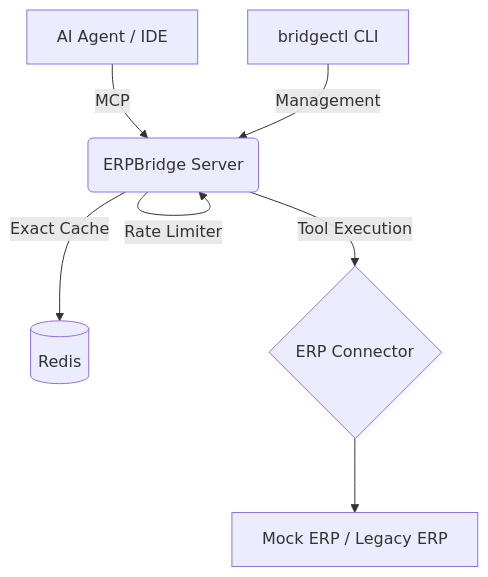
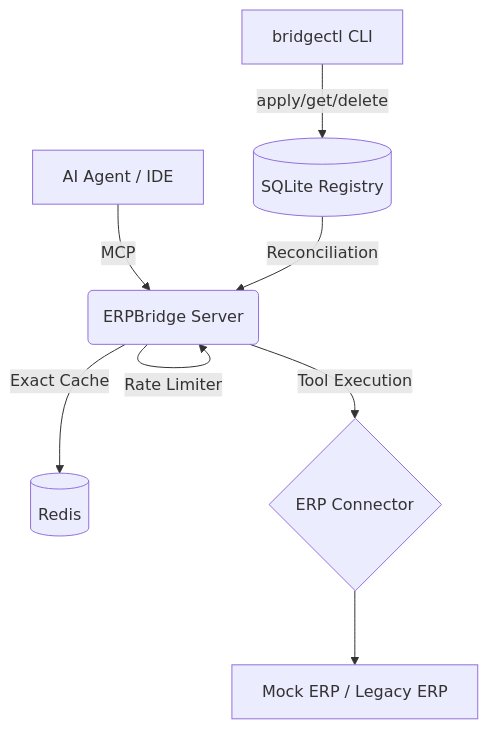
One commit to GayashanHansaja/R26-SE-034 changed the diagram in README.md. Above: the diagram before and after it, drawn with Mermaid. The commit also changed other lines of this file and 34 other files, not shown here.

First line of the commit message:
docs: add V2 architecture and schema guides

````diff
--- a/README.md
+++ b/README.md
@@ -25,9 +25,10 @@
 ```mermaid
 graph TD
     A[AI Agent / IDE] -->|MCP| B(ERPBridge Server)
     B -->|Rate Limiter| B
     B -->|Exact Cache| C[(Redis)]
     B -->|Tool Execution| D{ERP Connector}
     D --> E[Mock ERP / Legacy ERP]
-    F[bridgectl CLI] -->|Management| B
+    F[bridgectl CLI] -->|apply/get/delete| G[(SQLite Registry)]
+    G -->|Reconciliation| B
 ```
````
